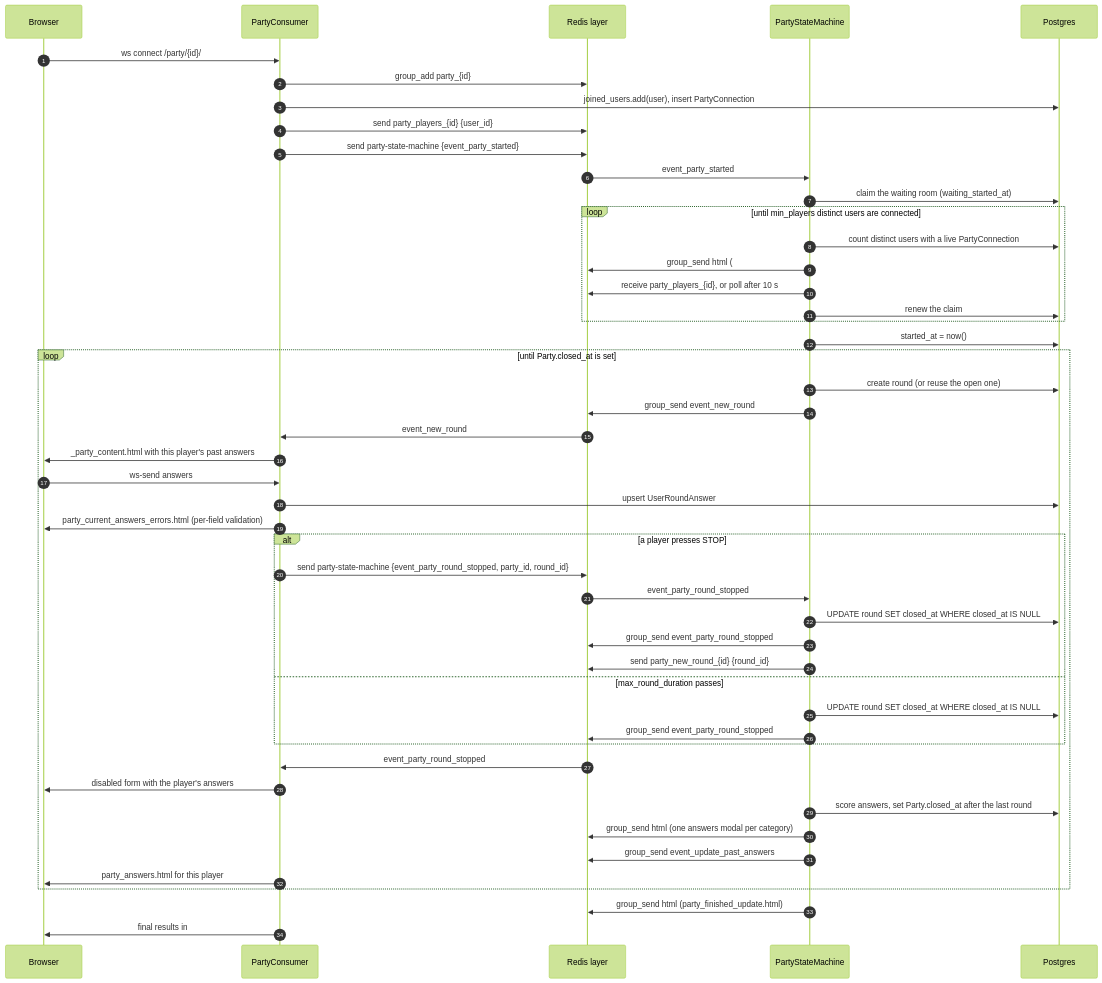
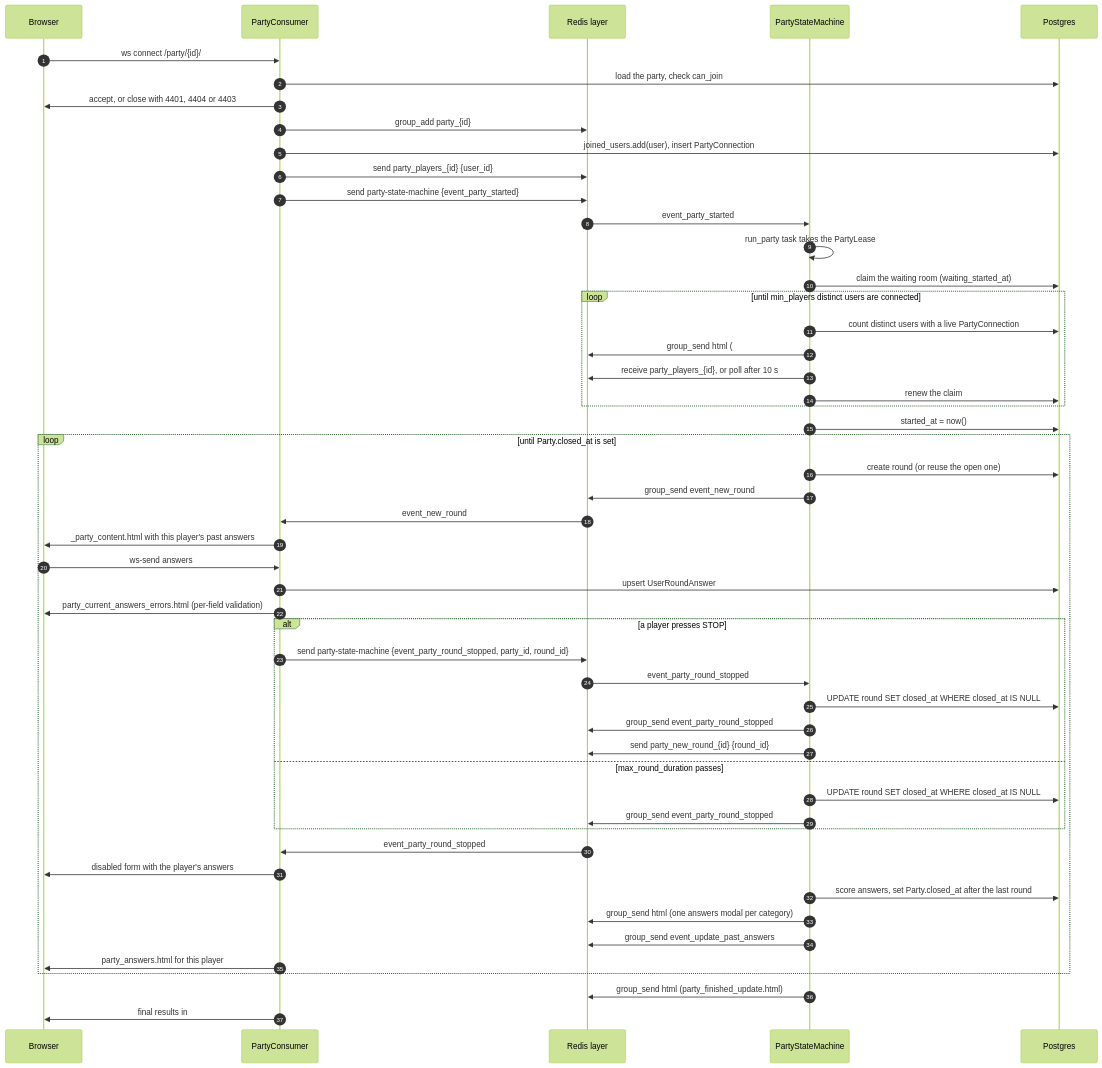
One commit to DanielGnzlzVll/AACX changed the second of 5 diagrams in docs/architecture.md. Above: the diagram before and after it, drawn with Mermaid (forest theme). The commit also changed other lines of this file and 2 other files, not shown here.

First line of the commit message:
AACX-65: architecture docs for per-party tasks, websocket authorization and CI (#72)

````diff
--- a/docs/architecture.md
+++ b/docs/architecture.md
@@ -139,51 +156,54 @@
 ```mermaid
 sequenceDiagram
     autonumber
     participant B as Browser
     participant C as PartyConsumer
     participant R as Redis layer
     participant SM as PartyStateMachine
     participant DB as Postgres
 
     B->>C: ws connect /party/{id}/
+    C->>DB: load the party, check can_join
+    C->>B: accept, or close with 4401, 4404 or 4403
     C->>R: group_add party_{id}
     C->>DB: joined_users.add(user), insert PartyConnection
     C->>R: send party_players_{id} {user_id}
     C->>R: send party-state-machine {event_party_started}
     R->>SM: event_party_started
+    SM->>SM: run_party task takes the PartyLease
     SM->>DB: claim the waiting room (waiting_started_at)
     loop until min_players distinct users are connected
         SM->>DB: count distinct users with a live PartyConnection
         SM->>R: group_send html (#party_content)
         SM->>R: receive party_players_{id}, or poll after 10 s
         SM->>DB: renew the claim
     end
     SM->>DB: started_at = now()
     loop until Party.closed_at is set
         SM->>DB: create round (or reuse the open one)
         SM->>R: group_send event_new_round
         R->>C: event_new_round
         C->>B: _party_content.html with this player's past answers
         B->>C: ws-send answers
         C->>DB: upsert UserRoundAnswer
         C->>B: party_current_answers_errors.html (per-field validation)
         alt a player presses STOP
             C->>R: send party-state-machine {event_party_round_stopped, party_id, round_id}
             R->>SM: event_party_round_stopped
             SM->>DB: UPDATE round SET closed_at WHERE closed_at IS NULL
             SM->>R: group_send event_party_round_stopped
             SM->>R: send party_new_round_{id} {round_id}
         else max_round_duration passes
             SM->>DB: UPDATE round SET closed_at WHERE closed_at IS NULL
             SM->>R: group_send event_party_round_stopped
         end
         R->>C: event_party_round_stopped
         C->>B: disabled form with the player's answers
         SM->>DB: score answers, set Party.closed_at after the last round
         SM->>R: group_send html (one answers modal per category)
         SM->>R: group_send event_update_past_answers
         C->>B: party_answers.html for this player
     end
     SM->>R: group_send html (party_finished_update.html)
     C->>B: final results in #party_current_answers and #party_reports
 ```
````
